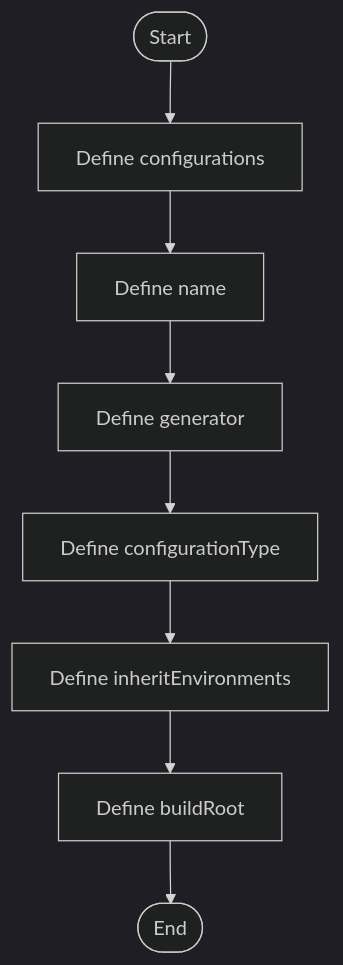
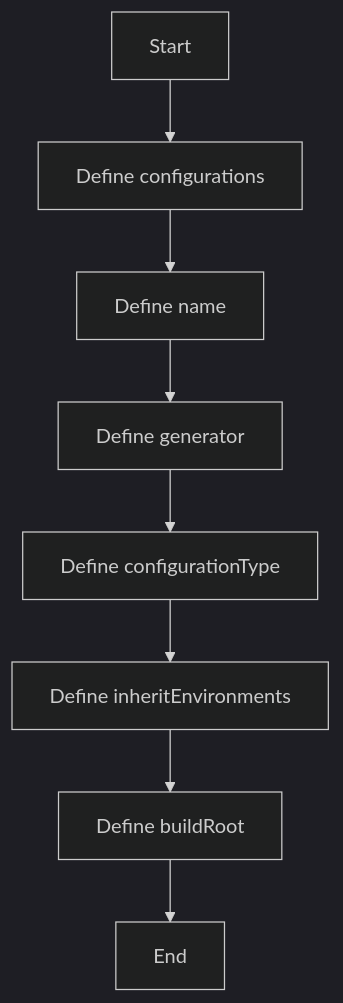
The diagram in docs/Codebase/CMakeSettings.json.md (JohnAndrewBalbarosa/NeoTerritory), drawn with Mermaid (dark theme) before and after one commit. The commit also changed other lines of this file and 752 other files, not shown here.

````diff
--- a/docs/Codebase/CMakeSettings.json.md
+++ b/docs/Codebase/CMakeSettings.json.md
@@ -38,18 +22,18 @@
 ```mermaid
 flowchart TD
-    Start([Start])
-    N0[Define configurations]
-    N1[Define name]
-    N2[Define generator]
-    N3[Define configurationType]
-    N4[Define inheritEnvironments]
-    N5[Define buildRoot]
-    End([End])
+    Start["Start"]
+    N0["Define configurations"]
+    N1["Define name"]
+    N2["Define generator"]
+    N3["Define configurationType"]
+    N4["Define inheritEnvironments"]
+    N5["Define buildRoot"]
+    End["End"]
     Start --> N0
     N0 --> N1
     N1 --> N2
     N2 --> N3
     N3 --> N4
     N4 --> N5
     N5 --> End
 ```
````
